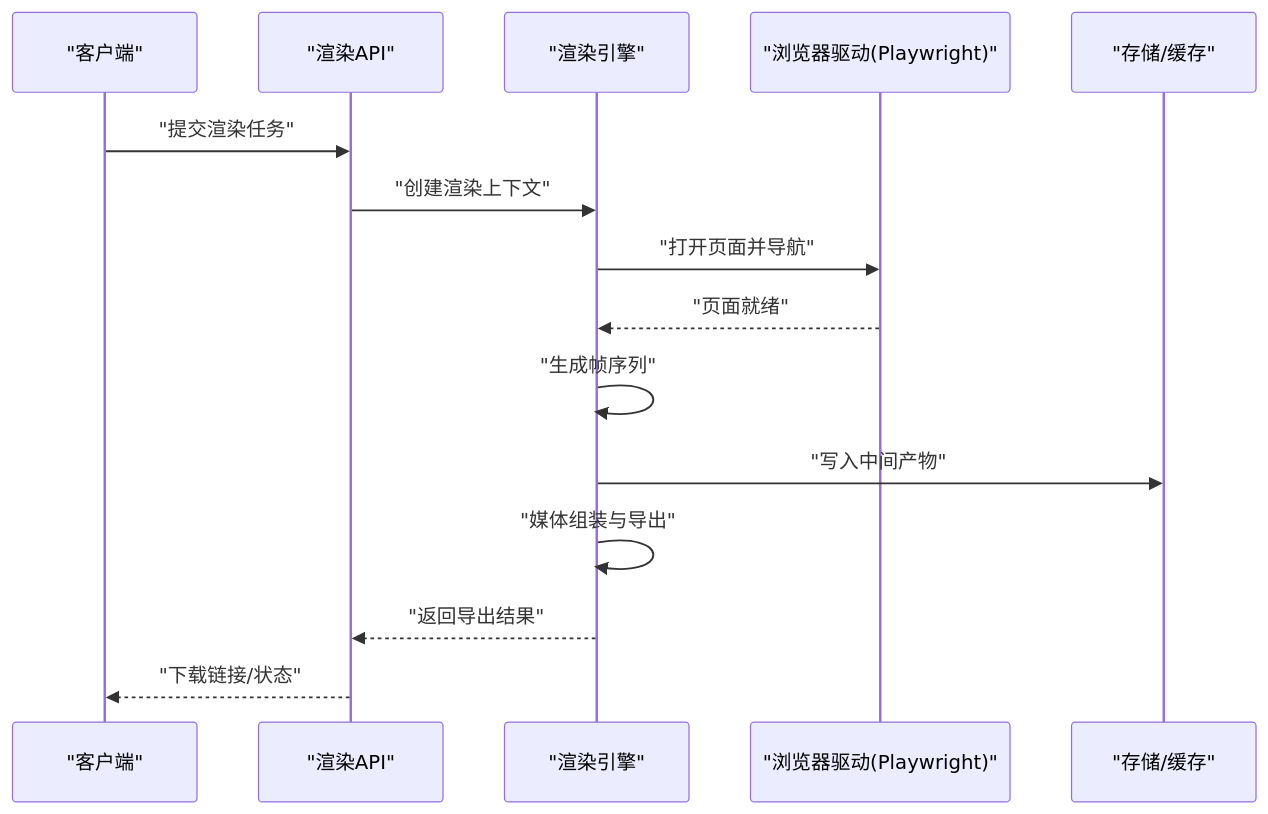
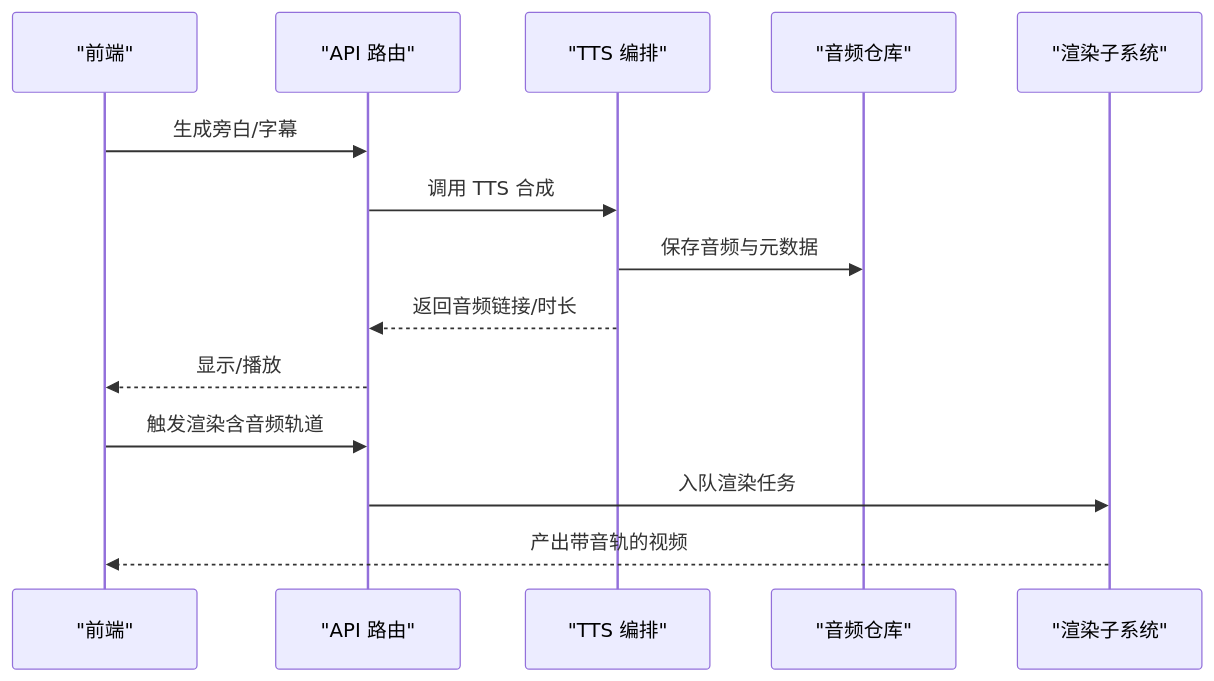
Before and after one commit to scottcwy/PurpleInk: the fifth of 6 diagrams in .qoder/repowiki/zh/content/项目概述/项目概述.md, drawn with Mermaid. The commit also changed other lines of this file and 872 other files, not shown here.

````diff
--- a/.qoder/repowiki/zh/content/项目概述/项目概述.md
+++ b/.qoder/repowiki/zh/content/项目概述/项目概述.md
@@ -230,17 +242,16 @@
 ```mermaid
 sequenceDiagram
-participant Client as "客户端"
-participant API as "渲染API"
-participant Renderer as "渲染引擎"
-participant Browser as "浏览器驱动(Playwright)"
-participant Store as "存储/缓存"
-Client->>API : "提交渲染任务"
-API->>Renderer : "创建渲染上下文"
-Renderer->>Browser : "打开页面并导航"
-Browser-->>Renderer : "页面就绪"
-Renderer->>Renderer : "生成帧序列"
-Renderer->>Store : "写入中间产物"
-Renderer->>Renderer : "媒体组装与导出"
-Renderer-->>API : "返回导出结果"
-API-->>Client : "下载链接/状态"
+participant UI as "前端"
+participant API as "API 路由"
+participant TTS as "TTS 编排"
+participant Repo as "音频仓库"
+participant Render as "渲染子系统"
+UI->>API : 生成旁白/字幕
+API->>TTS : 调用 TTS 合成
+TTS->>Repo : 保存音频与元数据
+TTS-->>API : 返回音频链接/时长
+API-->>UI : 显示/播放
+UI->>API : 触发渲染含音频轨道
+API->>Render : 入队渲染任务
+Render-->>UI : 产出带音轨的视频
 ```
````
